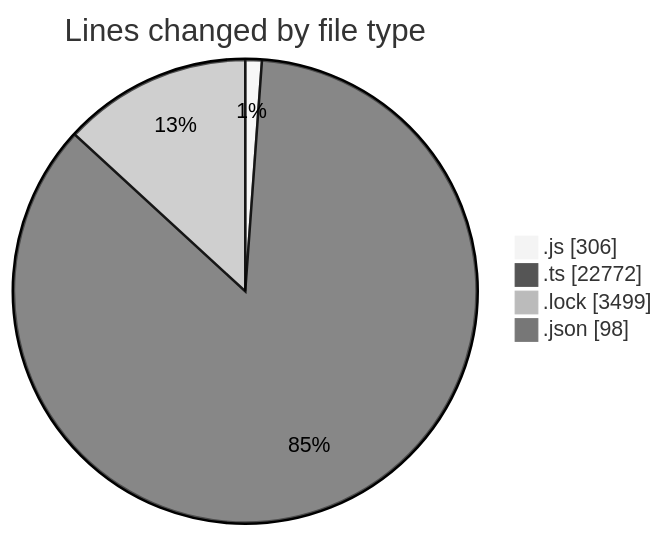
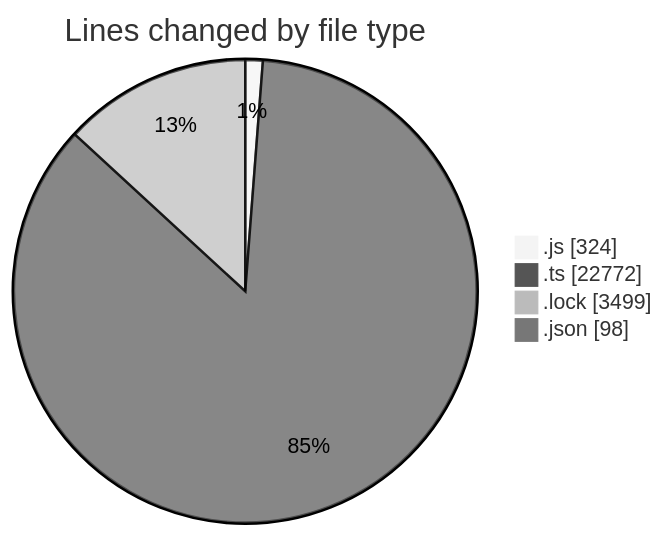
One commit to momahboobian/code-tracking changed the first of 2 diagrams in 2025-05-27/cda/README.md. Above: the diagram before and after it, drawn with Mermaid (neutral theme). The commit also changed other lines of this file and 1 other file, not shown here.

````diff
--- a/2025-05-27/cda/README.md
+++ b/2025-05-27/cda/README.md
@@ -29,8 +30,8 @@
 ```mermaid
 pie showData
 title Lines changed by file type
-".js" : 306
+".js" : 324
 ".ts" : 22772
 ".lock" : 3499
 ".json" : 98
 ```
````
